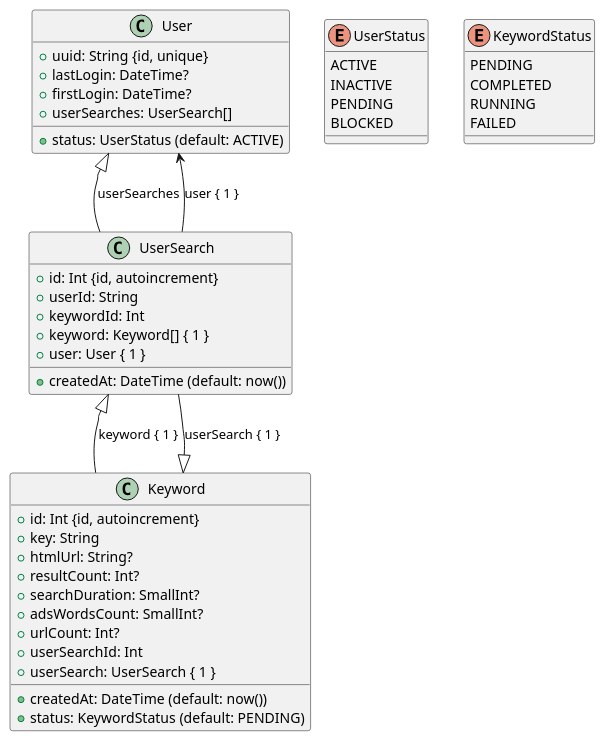
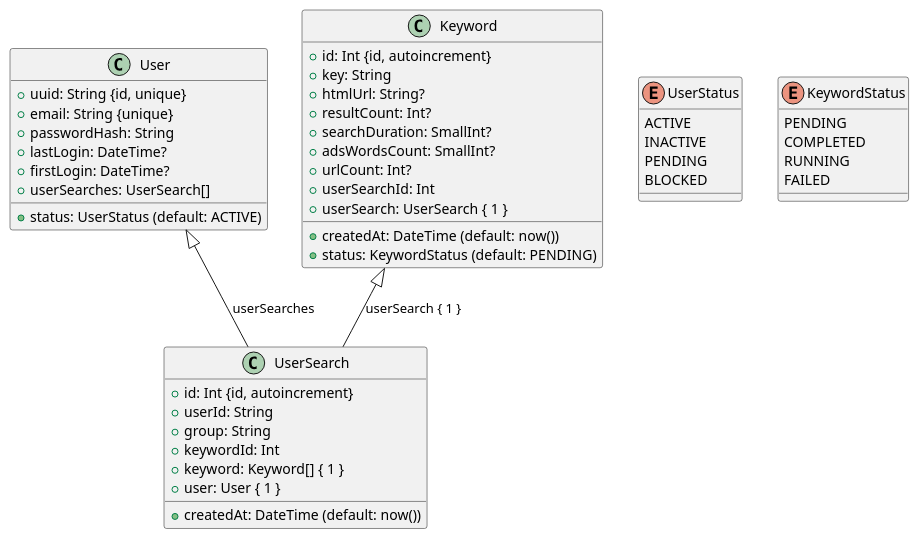
The diagram in documents/db.plantuml (lqkhanh-it/google-search-scraping), drawn with PlantUML before and after one commit. The commit also changed 9 other files, not shown here.

```diff
--- a/documents/db.plantuml
+++ b/documents/db.plantuml
@@ -1,53 +1,54 @@
 @startuml
 
 class User {
     + uuid: String {id, unique}
     + status: UserStatus (default: ACTIVE)
+    + email: String {unique}
+    + passwordHash: String 
     + lastLogin: DateTime?
     + firstLogin: DateTime?
     + userSearches: UserSearch[]
 }
 
 class UserSearch {
     + id: Int {id, autoincrement}
     + userId: String
+    + group: String
     + keywordId: Int
     + createdAt: DateTime (default: now())
     + keyword: Keyword[] { 1 }
     + user: User { 1 }
 }
 
 class Keyword {
     + id: Int {id, autoincrement}
     + key: String
     + htmlUrl: String?
     + resultCount: Int?
     + searchDuration: SmallInt?
     + adsWordsCount: SmallInt?
     + urlCount: Int?
     + createdAt: DateTime (default: now())
     + status: KeywordStatus (default: PENDING)
     + userSearchId: Int
     + userSearch: UserSearch { 1 }
 }
 
 User <|-- UserSearch : userSearches
-UserSearch <|-- Keyword : keyword { 1 }
-UserSearch --> User : user { 1 }
 Keyword <|-- UserSearch : userSearch { 1 }
 
 enum UserStatus {
     ACTIVE
     INACTIVE
     PENDING
     BLOCKED
 }
 
 enum KeywordStatus {
     PENDING
     COMPLETED
     RUNNING
     FAILED
 }
 
 @enduml
```
